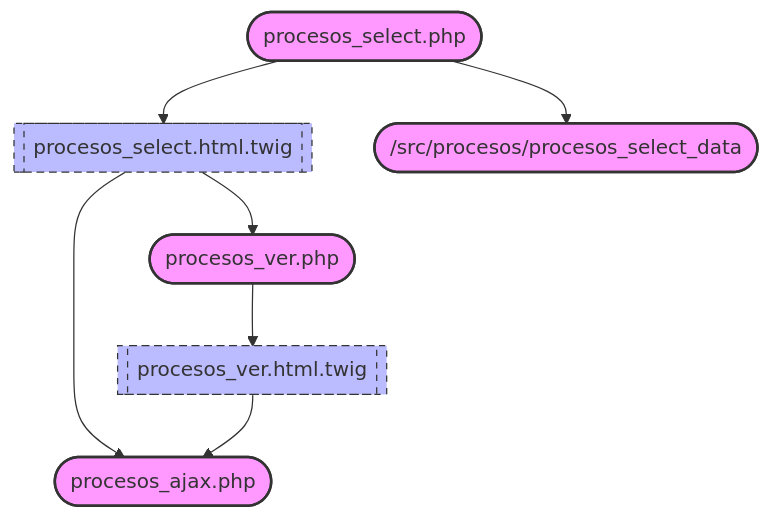
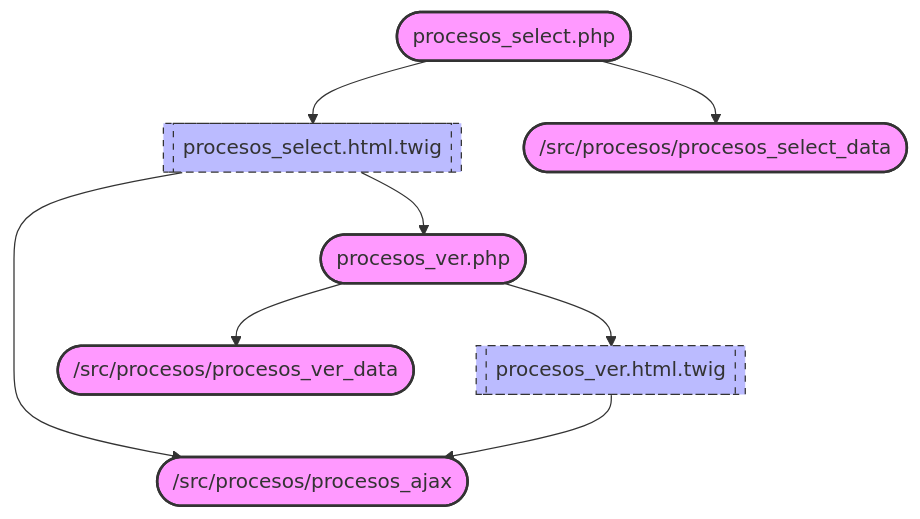
The diagram in documentacion/Documentacion_Obix/procesos/mapa_procesos_select.md (olvidio/orbix), drawn with Mermaid before and after one commit. The commit also changed 11 other files, not shown here.

First line of the commit message:
refactor procesos slice 2: procesos_ver y procesos_ajax a frontend y src

````diff
--- a/documentacion/Documentacion_Obix/procesos/mapa_procesos_select.md
+++ b/documentacion/Documentacion_Obix/procesos/mapa_procesos_select.md
@@ -1,15 +1,16 @@
 ```mermaid
 flowchart TD
     %% Estils de nodes
     classDef controller fill:#f9f,stroke:#333,stroke-width:2px;
     classDef vista fill:#bbf,stroke:#333,stroke-width:1px,stroke-dasharray: 5 5;
     classDef error fill:#ff9999,stroke:#cc0000,stroke-width:2px;
 
     frontend_procesos_controller_procesos_select_php(["procesos_select.php"]):::controller --> frontend_procesos_view_procesos_select_html_twig[["procesos_select.html.twig"]]:::vista
     frontend_procesos_controller_procesos_select_php --> src_procesos_procesos_select_data_php(["/src/procesos/procesos_select_data"]):::controller
-    frontend_procesos_view_procesos_select_html_twig --> apps_procesos_controller_procesos_ajax_php(["procesos_ajax.php (legacy, slice 2)"]):::controller
-    frontend_procesos_view_procesos_select_html_twig --> apps_procesos_controller_procesos_ver_php(["procesos_ver.php (legacy, slice 2)"]):::controller
-    apps_procesos_controller_procesos_ver_php(["procesos_ver.php"]):::controller --> apps_procesos_view_procesos_ver_html_twig[["procesos_ver.html.twig"]]:::vista
-    apps_procesos_view_procesos_ver_html_twig --> apps_procesos_controller_procesos_ajax_php(["procesos_ajax.php"]):::controller
+    frontend_procesos_view_procesos_select_html_twig --> src_procesos_procesos_ajax_php(["/src/procesos/procesos_ajax"]):::controller
+    frontend_procesos_view_procesos_select_html_twig --> frontend_procesos_controller_procesos_ver_php(["procesos_ver.php"]):::controller
+    frontend_procesos_controller_procesos_ver_php --> frontend_procesos_view_procesos_ver_html_twig[["procesos_ver.html.twig"]]:::vista
+    frontend_procesos_controller_procesos_ver_php --> src_procesos_procesos_ver_data_php(["/src/procesos/procesos_ver_data"]):::controller
+    frontend_procesos_view_procesos_ver_html_twig --> src_procesos_procesos_ajax_php
     %% DESTÍ NO RESOLT des de apps_procesos_view_procesos_ver_html_twig: {{ oHash }} [DESTÍ NO RESOLT]
 ```
````
